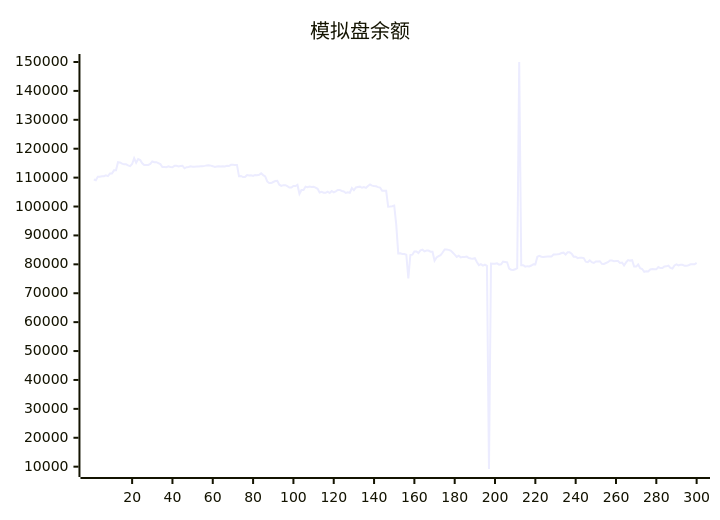
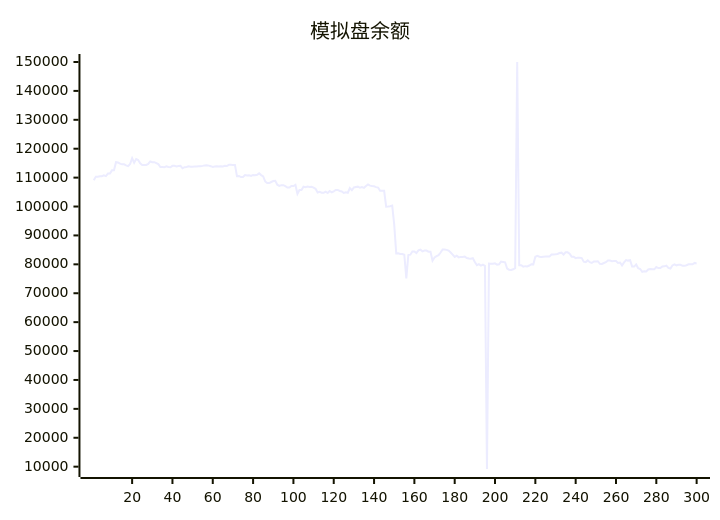
One commit to aahl/ai-trading changed the diagram in README.md. Above: the diagram before and after it, drawn with Mermaid. The commit also changed other lines of this file and 1 other file, not shown here.

````diff
--- a/README.md
+++ b/README.md
@@ -5,5 +5,5 @@
 ```mermaid
 xychart
     title "模拟盘余额"
-    line [109337,109071,110342,110342,110488,110488,110814,110531,111421,111421,112518,112522,115341,115266,114830,114584,114588,114231,113973,114726,116697,115160,116423,116083,114950,114365,114365,114388,114730,115582,115358,115358,115032,114686,113688,113688,113610,113930,113672,113585,114083,114074,113840,113996,114051,113208,113593,113701,113901,113794,113784,113810,113848,113927,113929,114064,114232,114293,114144,113960,113698,113853,113942,113812,113908,113877,114091,113998,114427,114422,114384,114384,110477,110576,110198,110198,110890,110712,110812,110569,110929,110847,110968,111478,110870,110433,108661,108116,108115,108485,108797,108877,107536,107134,107393,107393,107046,106565,106565,107081,107081,107478,104404,105715,105749,106866,106651,106889,106771,106816,106565,106141,104876,105103,104796,104734,105169,104690,105380,104941,105272,105709,105739,105374,105227,104691,104924,104762,106364,105628,106608,106748,106872,106485,106721,106468,107132,107620,107224,107080,107001,106717,106567,105431,105431,105440,99950,100017,100113,100337,93749,83795,83807,83567,83567,83342,75168,83222,83336,84448,84449,83896,84839,85065,84499,84757,84757,84364,84347,81254,82385,82835,83184,84099,85150,85150,85002,84751,84096,83356,82582,82983,82404,82572,82512,82688,82200,82047,81920,82125,80840,79688,80060,79552,79920,79470,9193,80236,80208,80170,80336,79894,80006,80954,80837,80712,78561,78139,78037,78293,78682,150000,79720,79720,79214,79372,79279,79591,80046,79993,82625,82950,82626,82571,82633,82670,82670,82681,83386,83378,83464,83579,83920,84037,83402,84160,84142,83652,82655,82655,82145,82315,82243,82163,80934,80770,81371,80742,80468,80989,80989,81067,80191,80155,80450,80737,81309,81309,81106,81119,81119,80471,80631,79624,80670,81448,81290,81429,79212,79222,79940,78643,78380,77432,77623,77504,78235,78358,78284,78277,79048,78714,78714,79290,79308,79567,78763,78563,79603,79988,79652,79813,79813,79476,79469,79673,79995,80015,80015,80486]
+    line [109071,110342,110342,110488,110488,110814,110531,111421,111421,112518,112522,115341,115266,114830,114584,114588,114231,113973,114726,116697,115160,116423,116083,114950,114365,114365,114388,114730,115582,115358,115358,115032,114686,113688,113688,113610,113930,113672,113585,114083,114074,113840,113996,114051,113208,113593,113701,113901,113794,113784,113810,113848,113927,113929,114064,114232,114293,114144,113960,113698,113853,113942,113812,113908,113877,114091,113998,114427,114422,114384,114384,110477,110576,110198,110198,110890,110712,110812,110569,110929,110847,110968,111478,110870,110433,108661,108116,108115,108485,108797,108877,107536,107134,107393,107393,107046,106565,106565,107081,107081,107478,104404,105715,105749,106866,106651,106889,106771,106816,106565,106141,104876,105103,104796,104734,105169,104690,105380,104941,105272,105709,105739,105374,105227,104691,104924,104762,106364,105628,106608,106748,106872,106485,106721,106468,107132,107620,107224,107080,107001,106717,106567,105431,105431,105440,99950,100017,100113,100337,93749,83795,83807,83567,83567,83342,75168,83222,83336,84448,84449,83896,84839,85065,84499,84757,84757,84364,84347,81254,82385,82835,83184,84099,85150,85150,85002,84751,84096,83356,82582,82983,82404,82572,82512,82688,82200,82047,81920,82125,80840,79688,80060,79552,79920,79470,9193,80236,80208,80170,80336,79894,80006,80954,80837,80712,78561,78139,78037,78293,78682,150000,79720,79720,79214,79372,79279,79591,80046,79993,82625,82950,82626,82571,82633,82670,82670,82681,83386,83378,83464,83579,83920,84037,83402,84160,84142,83652,82655,82655,82145,82315,82243,82163,80934,80770,81371,80742,80468,80989,80989,81067,80191,80155,80450,80737,81309,81309,81106,81119,81119,80471,80631,79624,80670,81448,81290,81429,79212,79222,79940,78643,78380,77432,77623,77504,78235,78358,78284,78277,79048,78714,78714,79290,79308,79567,78763,78563,79603,79988,79652,79813,79813,79476,79469,79673,79995,80015,80015,80486,80314]
 ```
````
